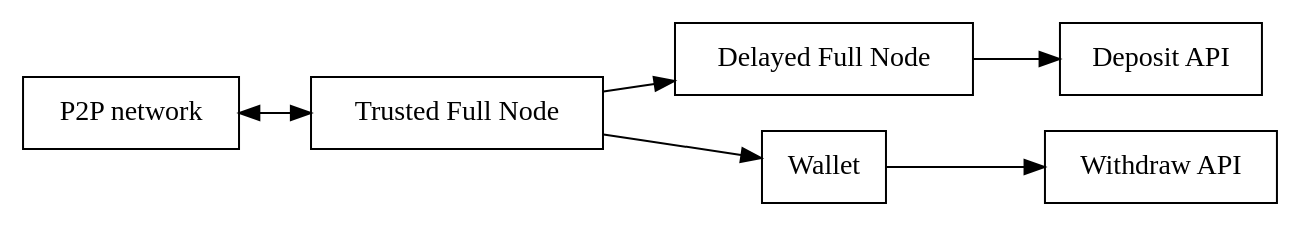
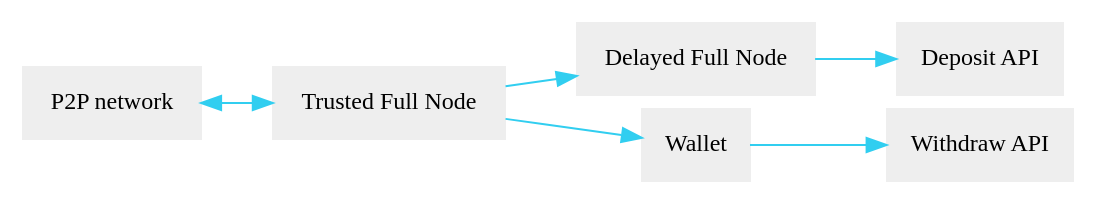
The diagram in source/integration/network-setup.rst (bitshares/docs.bitshares.org), drawn with Graphviz before and after one commit. The commit also changed 2 other files, not shown here.

Commit message:
Added Graphviz diagrams

```diff
--- a/source/integration/network-setup.rst
+++ b/source/integration/network-setup.rst
@@ -22,9 +22,18 @@
 .. graphviz::
 
    digraph foo {
     rankdir=LR
-    node [shape=box]
-    "P2P network" -> "Trusted Full Node" [dir="both"]
-    "Trusted Full Node" -> "Delayed Full Node" -> "Deposit API"
-    "Trusted Full Node" -> "Wallet" -> "Withdraw API"
+    ranksep=0.5;
+    nodesep=0.1;
+    overlap=false;
+
+    node [fontname=Verdana,fontsize=12]
+    node [style=filled]
+    node [fillcolor="#EEEEEE"]
+    node [color="#EEEEEE", shape=box]
+    edge [color="#31CEF0", fontsize=9, fontname=Verdana]
+
+    "P2P network"       -> "Trusted Full Node" [dir="both"]
+    "Trusted Full Node" -> "Delayed Full Node"              -> "Deposit API"
+    "Trusted Full Node" -> "Wallet"                         -> "Withdraw API"
    }
```
